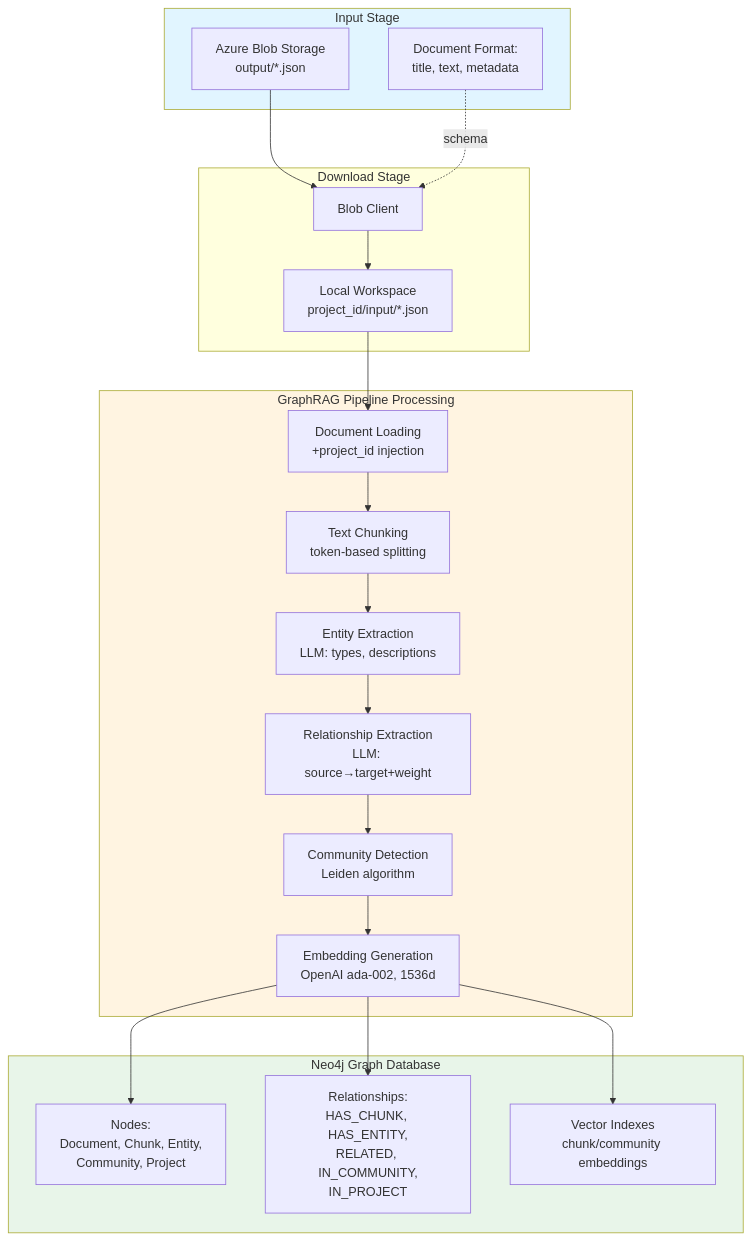
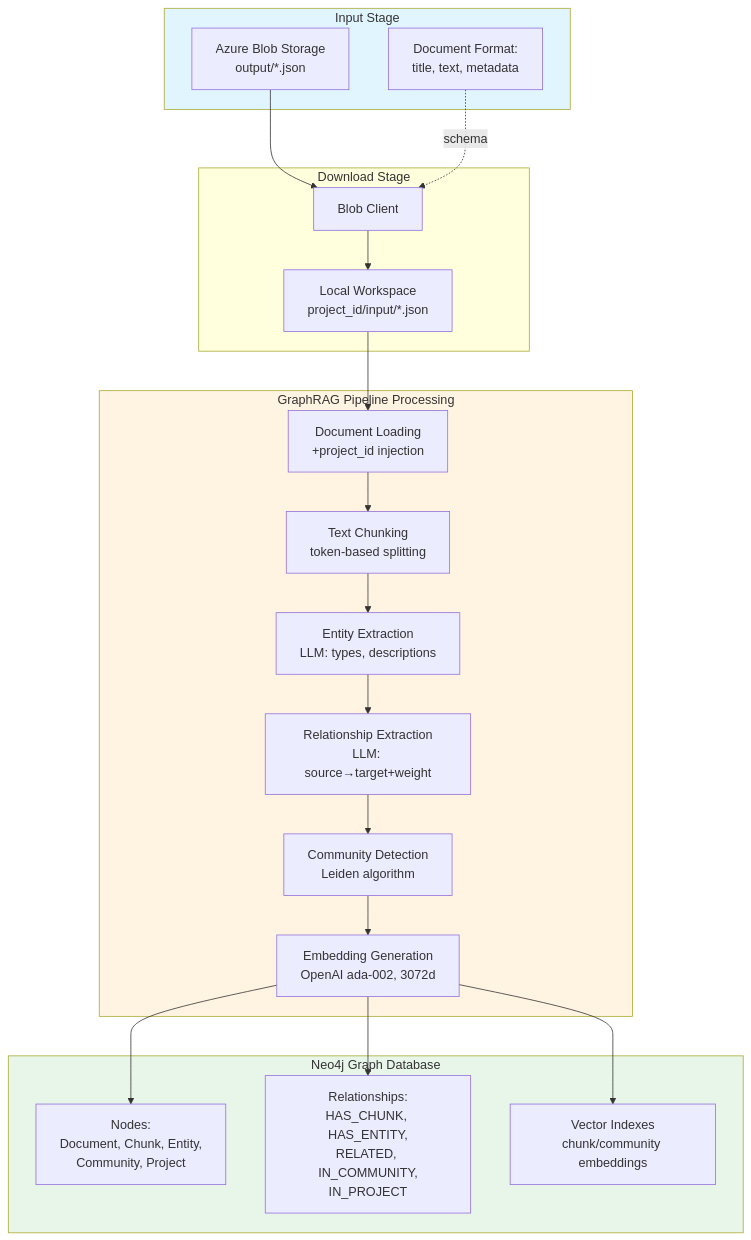
The second of 4 diagrams in git-epic-creator/services/neo4j_ingestion_service/README.md (vladavilov/playground), drawn with Mermaid before and after one commit. The commit also changed other lines of this file and 14 other files, not shown here.

````diff
--- a/git-epic-creator/services/neo4j_ingestion_service/README.md
+++ b/git-epic-creator/services/neo4j_ingestion_service/README.md
@@ -42,44 +42,44 @@
 ```mermaid
 flowchart TB
     subgraph Input["Input Stage"]
         A1[Azure Blob Storage<br/>output/*.json]
         A2[Document Format:<br/>title, text, metadata]
     end
     
     subgraph Download["Download Stage"]
         B1[Blob Client]
         B2[Local Workspace<br/>project_id/input/*.json]
     end
     
     subgraph Pipeline["GraphRAG Pipeline Processing"]
         C1[Document Loading<br/>+project_id injection]
         C2[Text Chunking<br/>token-based splitting]
         C3[Entity Extraction<br/>LLM: types, descriptions]
         C4[Relationship Extraction<br/>LLM: source→target+weight]
         C5[Community Detection<br/>Leiden algorithm]
-        C6[Embedding Generation<br/>OpenAI ada-002, 1536d]
+        C6[Embedding Generation<br/>OpenAI ada-002, 3072d]
     end
     
     subgraph Output["Neo4j Graph Database"]
         G1[Nodes:<br/>Document, Chunk, Entity,<br/>Community, Project]
         G2[Relationships:<br/>HAS_CHUNK, HAS_ENTITY,<br/>RELATED, IN_COMMUNITY,<br/>IN_PROJECT]
         G3[Vector Indexes<br/>chunk/community embeddings]
     end
     
     A1 --> B1
     A2 -.schema.-> B1
     B1 --> B2
     B2 --> C1
     C1 --> C2
     C2 --> C3
     C3 --> C4
     C4 --> C5
     C5 --> C6
     C6 --> G1
     C6 --> G2
     C6 --> G3
     
     style Input fill:#e1f5ff
     style Pipeline fill:#fff4e1
     style Output fill:#e8f5e9
 ```
````
